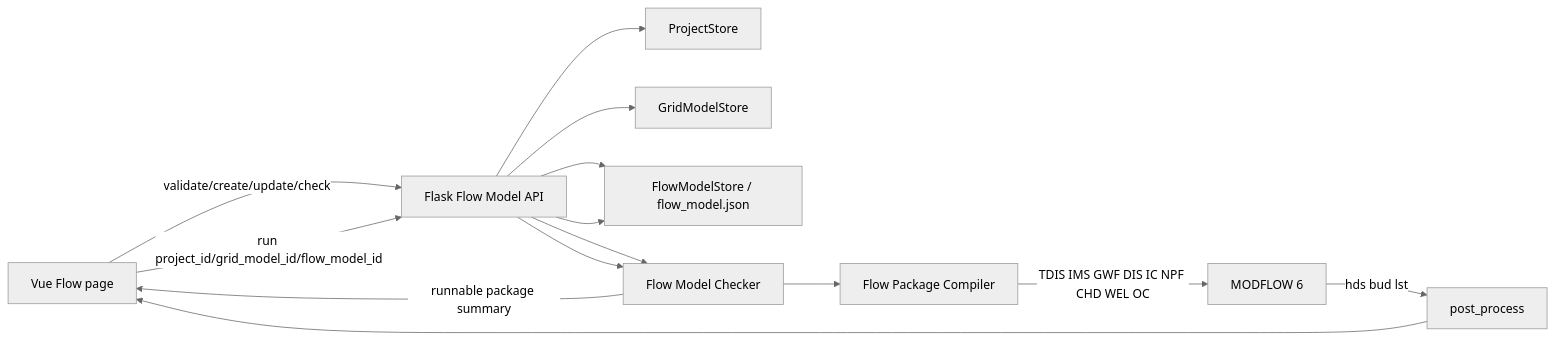
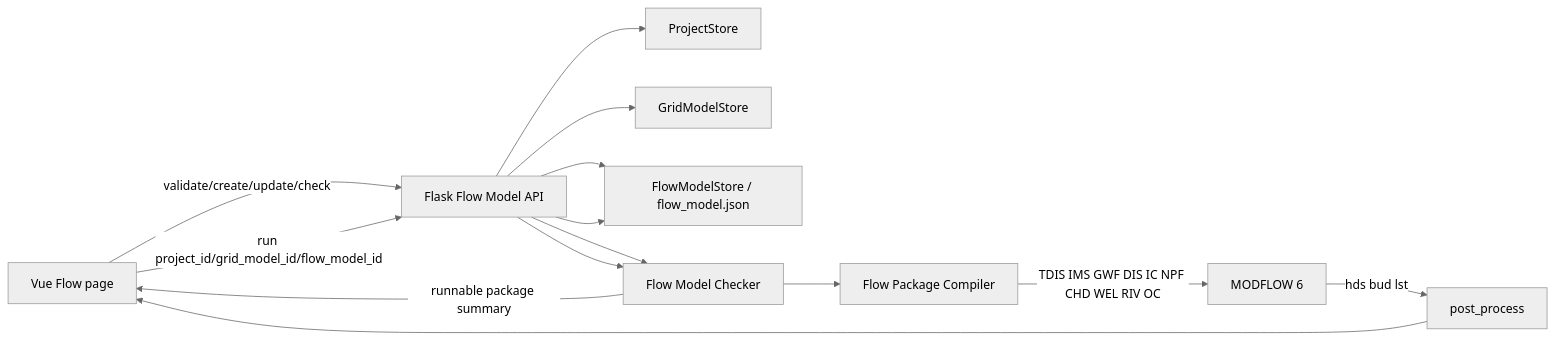
The third of 5 diagrams in docs/ARCHITECTURE_CURRENT.md (Yanyu199/Modflow), drawn with Mermaid (neutral theme) before and after one commit. The commit also changed other lines of this file and 21 other files, not shown here.

````diff
--- a/docs/ARCHITECTURE_CURRENT.md
+++ b/docs/ARCHITECTURE_CURRENT.md
@@ -42,26 +66,26 @@
 ```mermaid
 flowchart LR
   Browser["Vue Flow page"]
   FlowAPI["Flask Flow Model API"]
   ProjectStore["ProjectStore"]
   GridStore["GridModelStore"]
   FlowStore["FlowModelStore / flow_model.json"]
   Checker["Flow Model Checker"]
   Compiler["Flow Package Compiler"]
   MF6["MODFLOW 6"]
   Post["post_process"]
 
   Browser -->|validate/create/update/check| FlowAPI
   FlowAPI --> ProjectStore
   FlowAPI --> GridStore
   FlowAPI --> FlowStore
   FlowAPI --> Checker
   Checker -->|runnable package summary| Browser
   Browser -->|run project_id/grid_model_id/flow_model_id| FlowAPI
   FlowAPI --> FlowStore
   FlowAPI --> Checker
   Checker --> Compiler
-  Compiler -->|TDIS IMS GWF DIS IC NPF CHD WEL OC| MF6
+  Compiler -->|TDIS IMS GWF DIS IC NPF CHD WEL RIV OC| MF6
   MF6 -->|hds bud lst| Post
   Post --> Browser
 ```
````
